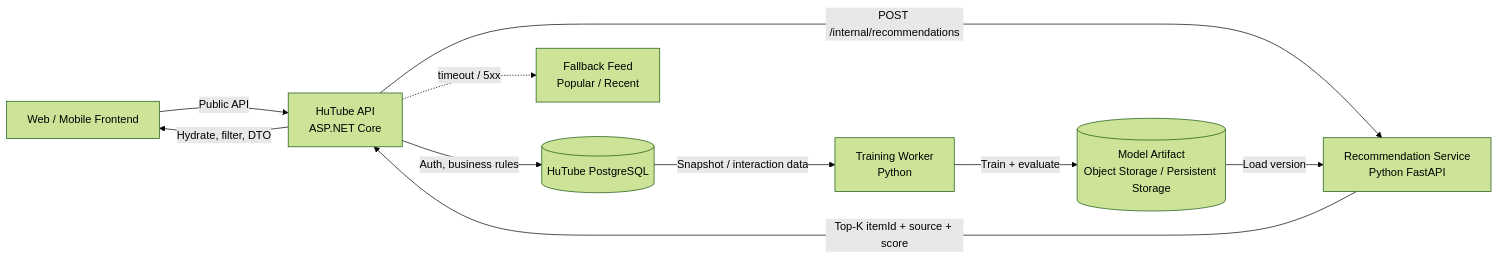
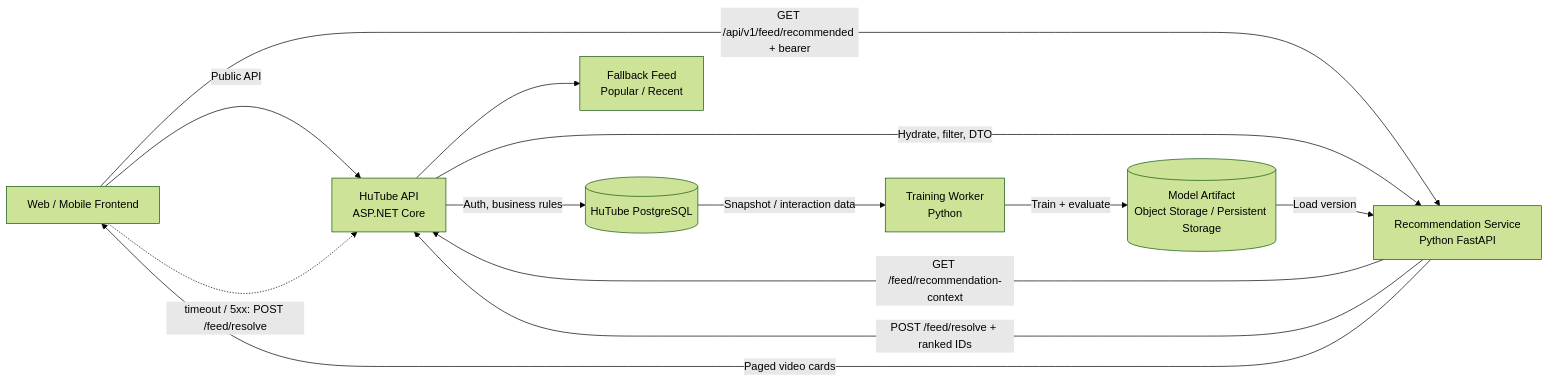
The first of 3 diagrams in docs/architecture/CF_ARCHITECTURE.md (DuyLinh0212/HuTube), drawn with Mermaid (forest theme) before and after one commit. The commit also changed other lines of this file and 34 other files, not shown here.

Commit message:
Route web and mobile recommendation feeds directly to FastAPI

```diff
--- a/docs/architecture/CF_ARCHITECTURE.md
+++ b/docs/architecture/CF_ARCHITECTURE.md
@@ -46,20 +47,23 @@
 ~~~mermaid
 flowchart LR
     U[Web / Mobile Frontend]
     API[HuTube API<br/>ASP.NET Core]
     DB[(HuTube PostgreSQL)]
     PY[Recommendation Service<br/>Python FastAPI]
     MODEL[(Model Artifact<br/>Object Storage / Persistent Storage)]
     TRAIN[Training Worker<br/>Python]
     FALLBACK[Fallback Feed<br/>Popular / Recent]
 
     U -->|Public API| API
     API -->|Auth, business rules| DB
-    API -->|POST /internal/recommendations| PY
-    PY -->|Top-K itemId + source + score| API
-    API -->|Hydrate, filter, DTO| U
-    API -. timeout / 5xx .-> FALLBACK
+    U -->|GET /api/v1/feed/recommended + bearer| PY
+    PY -->|GET /feed/recommendation-context| API
+    PY -->|POST /feed/resolve + ranked IDs| API
+    API -->|Hydrate, filter, DTO| PY
+    PY -->|Paged video cards| U
+    U -. timeout / 5xx: POST /feed/resolve .-> API
+    API --> FALLBACK
     DB -->|Snapshot / interaction data| TRAIN
     TRAIN -->|Train + evaluate| MODEL
     MODEL -->|Load version| PY
 ~~~
```
